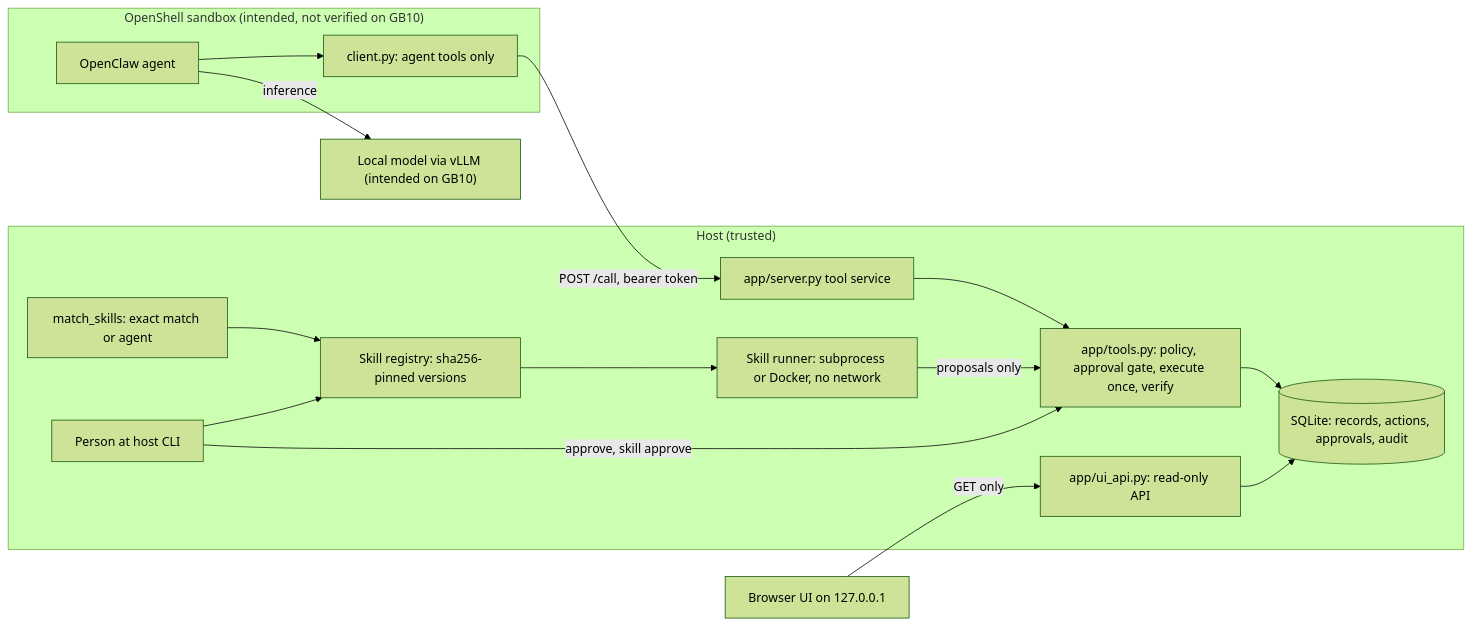
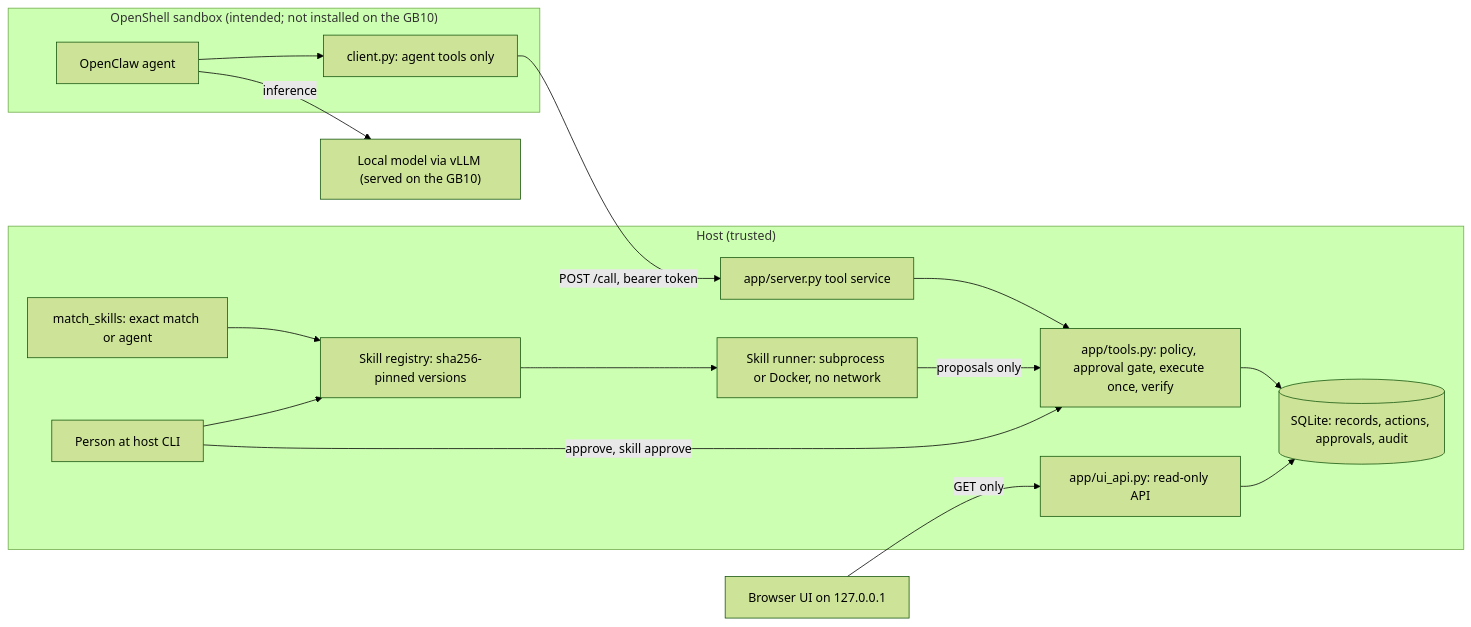
The diagram in README.md (dude297/skillforge_main), drawn with Mermaid (forest theme) before and after one commit. The commit also changed other lines of this file and 9 other files, not shown here.

````diff
--- a/README.md
+++ b/README.md
@@ -53,31 +58,31 @@
 ```mermaid
 flowchart LR
-  subgraph SB["OpenShell sandbox (intended, not verified on GB10)"]
+  subgraph SB["OpenShell sandbox (intended; not installed on the GB10)"]
     Agent["OpenClaw agent"]
     Client["client.py: agent tools only"]
   end
-  Model["Local model via vLLM (intended on GB10)"]
+  Model["Local model via vLLM (served on the GB10)"]
   subgraph HOST["Host (trusted)"]
     Service["app/server.py tool service"]
     Tools["app/tools.py: policy, approval gate, execute once, verify"]
     Matcher["match_skills: exact match or agent"]
     Registry["Skill registry: sha256-pinned versions"]
     Runner["Skill runner: subprocess or Docker, no network"]
     DB[("SQLite: records, actions, approvals, audit")]
     Person["Person at host CLI"]
     API["app/ui_api.py: read-only API"]
   end
   UI["Browser UI on 127.0.0.1"]
   Agent -->|inference| Model
   Agent --> Client
   Client -->|"POST /call, bearer token"| Service
   Service --> Tools
   Tools --> DB
   Matcher --> Registry
   Registry --> Runner
   Runner -->|proposals only| Tools
   Person -->|"approve, skill approve"| Tools
   Person --> Registry
   API --> DB
   UI -->|GET only| API
 ```
````
